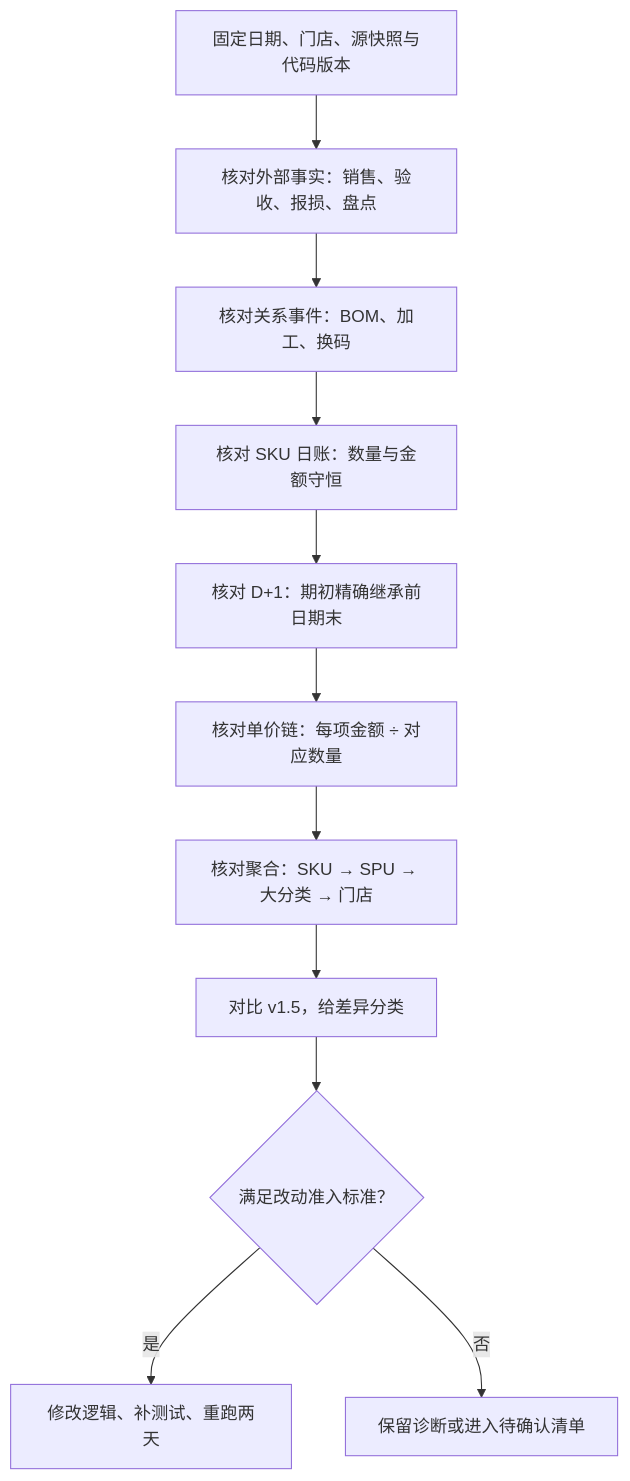
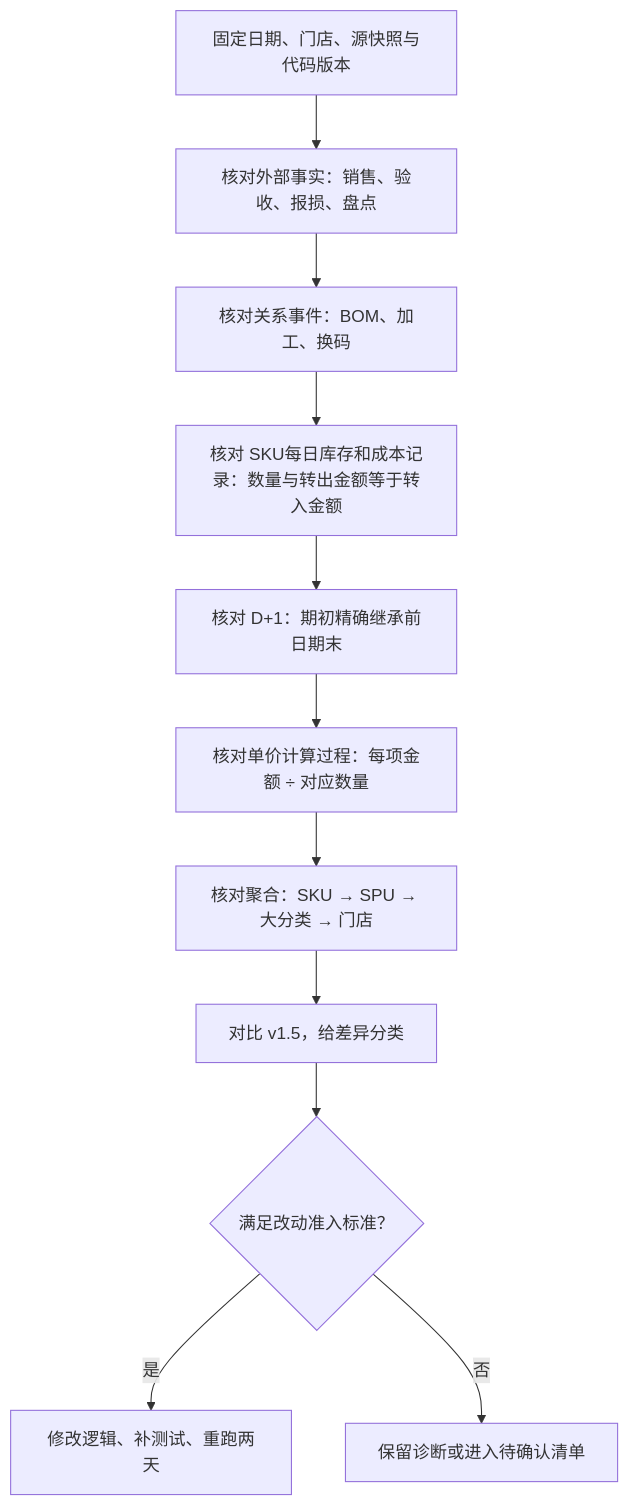
The first of 3 diagrams in fmetl/docs/designs/DESIGN-006-v0.15-evidence-led-iteration-method.md (kate636/cuihua-data), drawn with Mermaid before and after one commit. The commit also changed other lines of this file and 42 other files, not shown here.

````diff
--- a/fmetl/docs/designs/DESIGN-006-v0.15-evidence-led-iteration-method.md
+++ b/fmetl/docs/designs/DESIGN-006-v0.15-evidence-led-iteration-method.md
@@ -33,13 +33,13 @@
 ```mermaid
 flowchart TD
     A["固定日期、门店、源快照与代码版本"] --> B["核对外部事实：销售、验收、报损、盘点"]
     B --> C["核对关系事件：BOM、加工、换码"]
-    C --> D["核对 SKU 日账：数量与金额守恒"]
+    C --> D["核对 SKU每日库存和成本记录：数量与转出金额等于转入金额"]
     D --> E["核对 D+1：期初精确继承前日期末"]
-    E --> F["核对单价链：每项金额 ÷ 对应数量"]
+    E --> F["核对单价计算过程：每项金额 ÷ 对应数量"]
     F --> G["核对聚合：SKU → SPU → 大分类 → 门店"]
     G --> H["对比 v1.5，给差异分类"]
     H --> I{"满足改动准入标准？"}
     I -->|是| J["修改逻辑、补测试、重跑两天"]
     I -->|否| K["保留诊断或进入待确认清单"]
 ```
````
